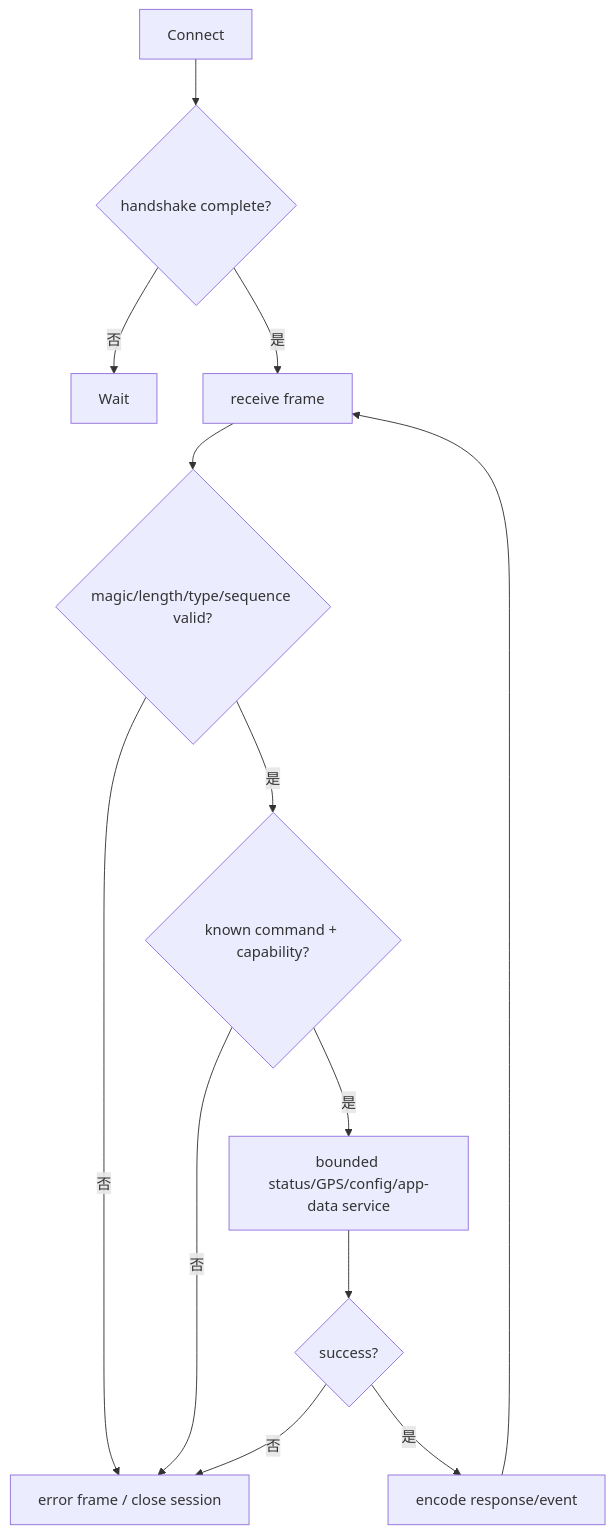
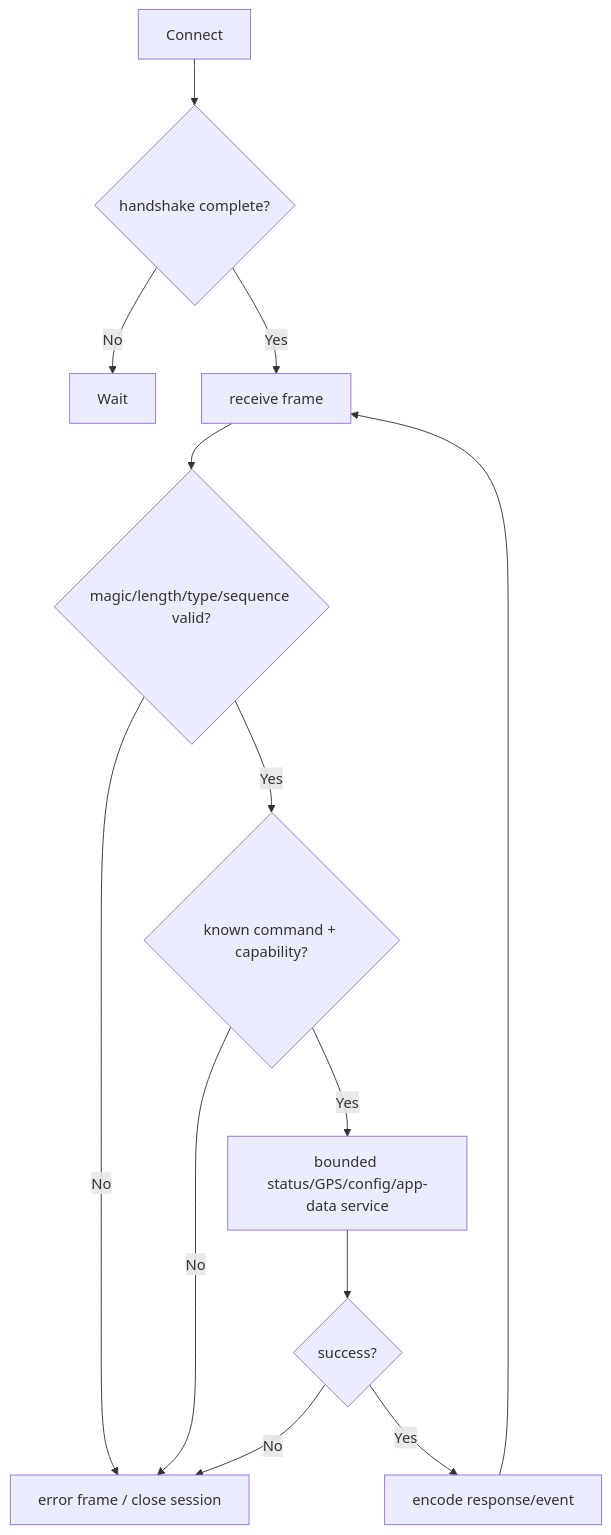
Before and after one commit to manmuqingshan/trail-mate: the diagram in docs/design/use-case-diagrams/hostlink-data-exchange/activity.md, drawn with Mermaid. The commit also changed other lines of this file and 527 other files, not shown here.

````diff
--- a/docs/design/use-case-diagrams/hostlink-data-exchange/activity.md
+++ b/docs/design/use-case-diagrams/hostlink-data-exchange/activity.md
@@ -2,15 +2,15 @@
 ```mermaid
 flowchart TD
   Connect --> Handshake{"handshake complete?"}
-  Handshake -- 否 --> Wait
-  Handshake -- 是 --> Frame["receive frame"]
+ Handshake -- No --> Wait
+ Handshake -- Yes --> Frame["receive frame"]
   Frame --> Codec{"magic/length/type/sequence valid?"}
-  Codec -- 否 --> Error["error frame / close session"]
-  Codec -- 是 --> Route{"known command + capability?"}
-  Route -- 否 --> Error
-  Route -- 是 --> Handle["bounded status/GPS/config/app-data service"]
+ Codec -- No --> Error["error frame / close session"]
+ Codec -- Yes --> Route{"known command + capability?"}
+ Route -- No --> Error
+ Route -- Yes --> Handle["bounded status/GPS/config/app-data service"]
   Handle --> Result{"success?"}
-  Result -- 是 --> Response["encode response/event"]
-  Result -- 否 --> Error
+ Result -- Yes --> Response["encode response/event"]
+ Result -- No --> Error
   Response --> Frame
 ```
````
